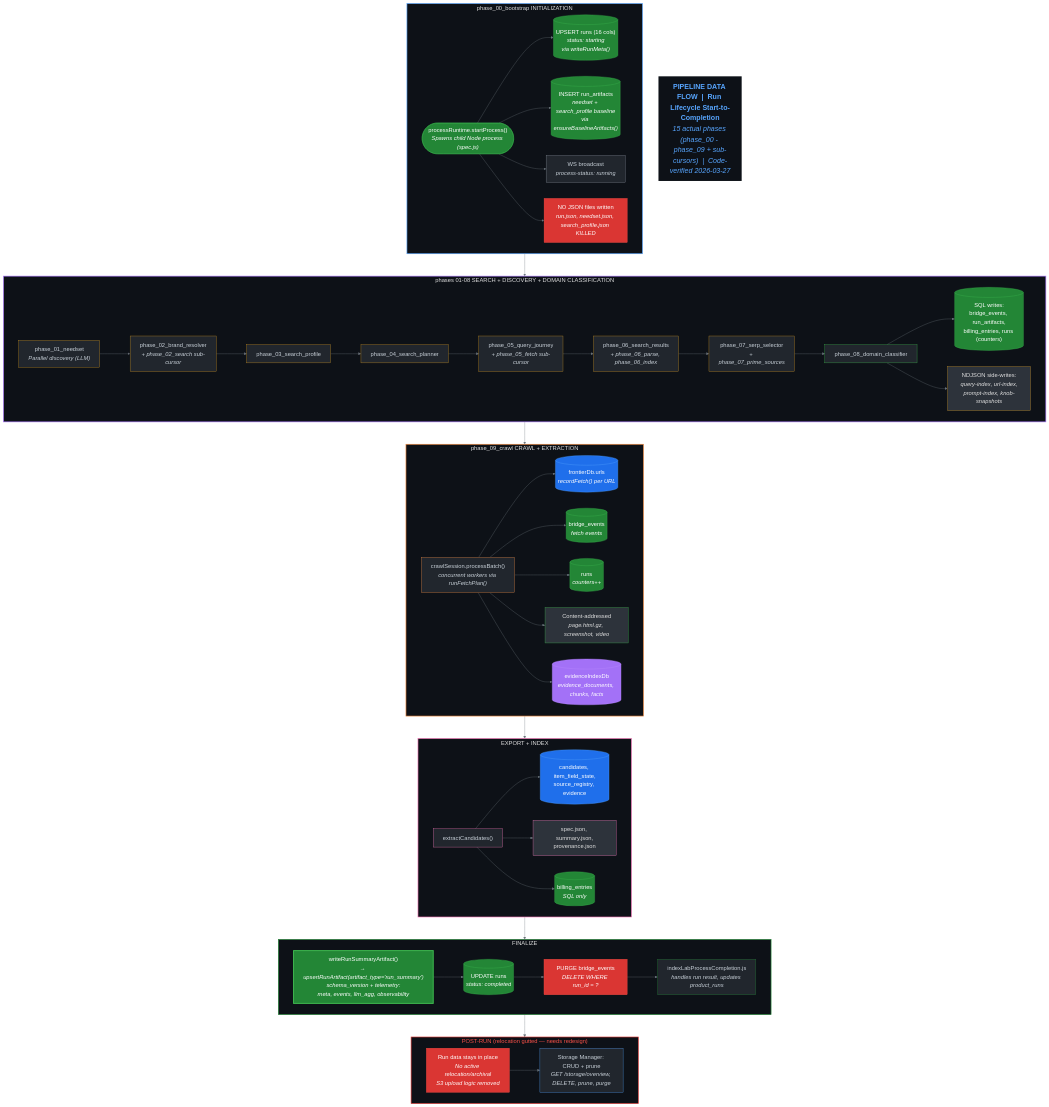
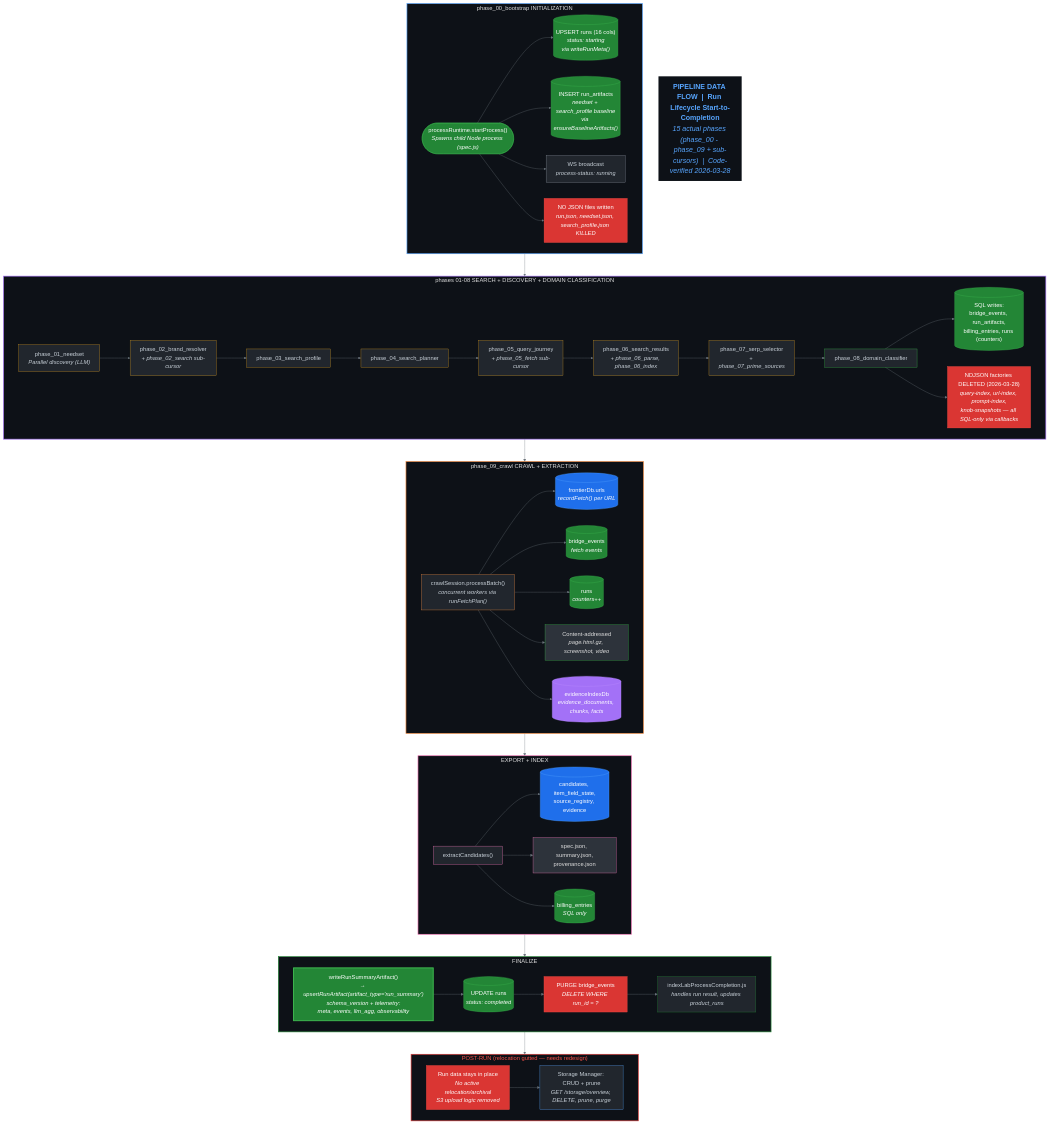
The diagram in docs/implementation/sql-full-migration/PIPELINE-DATA-FLOW.mmd (CdubVentures/Spec-Factory), drawn with Mermaid before and after one commit. The commit also changed 164 other files, not shown here.

```diff
--- a/docs/implementation/sql-full-migration/PIPELINE-DATA-FLOW.mmd
+++ b/docs/implementation/sql-full-migration/PIPELINE-DATA-FLOW.mmd
@@ -1,161 +1,161 @@
 %%{init: {
   "theme": "base",
   "themeVariables": {
     "fontSize": "18px",
     "primaryColor": "#1a1a2e",
     "primaryTextColor": "#e0e0e0",
     "primaryBorderColor": "#4a90d9",
     "lineColor": "#6c757d",
     "secondaryColor": "#16213e",
     "tertiaryColor": "#0f3460",
     "background": "#0d1117",
     "mainBkg": "#161b22",
     "nodeBorder": "#4a90d9",
     "clusterBkg": "#161b22",
     "clusterBorder": "#30363d",
     "titleColor": "#e0e0e0",
     "edgeLabelBackground": "#0d1117",
     "nodeTextColor": "#e0e0e0"
   },
   "flowchart": {
     "nodeSpacing": 50,
     "rankSpacing": 70,
     "curve": "basis",
     "padding": 15
   }
 }}%%
 
 flowchart TB
 
-  title["<b>PIPELINE DATA FLOW  |  Run Lifecycle Start-to-Completion</b><br/><i>15 actual phases (phase_00 - phase_09 + sub-cursors)  |  Code-verified 2026-03-27</i>"]
+  title["<b>PIPELINE DATA FLOW  |  Run Lifecycle Start-to-Completion</b><br/><i>15 actual phases (phase_00 - phase_09 + sub-cursors)  |  Code-verified 2026-03-28</i>"]
   style title fill:#0d1117,stroke:none,color:#58a6ff,font-size:22px
 
   %% ===== PHASE 00: BOOTSTRAP =====
   subgraph P00["phase_00_bootstrap  INITIALIZATION"]
     direction LR
     p0_start(["processRuntime.startProcess()<br/><i>Spawns child Node process (spec.js)</i>"])
     p0_runsql[("UPSERT runs (16 cols)<br/><i>status: starting<br/>via writeRunMeta()</i>")]
     p0_artifacts[("INSERT run_artifacts<br/><i>needset + search_profile baseline<br/>via ensureBaselineArtifacts()</i>")]
     p0_ws["WS broadcast<br/><i>process-status: running</i>"]
     p0_nofiles["NO JSON files written<br/><i>run.json, needset.json, search_profile.json KILLED</i>"]
 
     p0_start --> p0_runsql
     p0_start --> p0_artifacts
     p0_start --> p0_ws
     p0_start --> p0_nofiles
   end
   style P00 fill:#0d1117,stroke:#58a6ff,color:#e0e0e0,stroke-width:2px
   style p0_start fill:#238636,stroke:#3fb950,color:#fff
   style p0_runsql fill:#238636,stroke:#3fb950,color:#fff
   style p0_artifacts fill:#238636,stroke:#3fb950,color:#fff
   style p0_ws fill:#21262d,stroke:#8b949e,color:#c9d1d9
   style p0_nofiles fill:#da3633,stroke:#f85149,color:#fff
 
   %% ===== PHASES 01-08: SEARCH + DISCOVERY =====
   subgraph P18["phases 01-08  SEARCH + DISCOVERY + DOMAIN CLASSIFICATION"]
     direction LR
     p1_needset["phase_01_needset<br/><i>Parallel discovery (LLM)</i>"]
     p2_brand["phase_02_brand_resolver<br/><i>+ phase_02_search sub-cursor</i>"]
     p3_profile["phase_03_search_profile"]
     p4_planner["phase_04_search_planner"]
     p5_query["phase_05_query_journey<br/><i>+ phase_05_fetch sub-cursor</i>"]
     p6_results["phase_06_search_results<br/><i>+ phase_06_parse, phase_06_index</i>"]
     p7_serp["phase_07_serp_selector<br/><i>+ phase_07_prime_sources</i>"]
     p8_domain["phase_08_domain_classifier"]
 
     p18_sql[("SQL writes:<br/>bridge_events, run_artifacts,<br/>billing_entries, runs (counters)")]
-    p18_ndjson["NDJSON side-writes:<br/><i>query-index, url-index,<br/>prompt-index, knob-snapshots</i>"]
+    p18_ndjson["NDJSON factories DELETED (2026-03-28)<br/><i>query-index, url-index, prompt-index,<br/>knob-snapshots — all SQL-only via callbacks</i>"]
 
     p1_needset --> p2_brand --> p3_profile --> p4_planner
     p4_planner --> p5_query --> p6_results --> p7_serp --> p8_domain
     p8_domain --> p18_sql
     p8_domain --> p18_ndjson
   end
   style P18 fill:#0d1117,stroke:#a371f7,color:#e0e0e0,stroke-width:2px
   style p1_needset fill:#21262d,stroke:#d29922,color:#c9d1d9
   style p2_brand fill:#21262d,stroke:#d29922,color:#c9d1d9
   style p3_profile fill:#21262d,stroke:#d29922,color:#c9d1d9
   style p4_planner fill:#21262d,stroke:#d29922,color:#c9d1d9
   style p5_query fill:#21262d,stroke:#d29922,color:#c9d1d9
   style p6_results fill:#21262d,stroke:#d29922,color:#c9d1d9
   style p7_serp fill:#21262d,stroke:#d29922,color:#c9d1d9
   style p8_domain fill:#21262d,stroke:#3fb950,color:#c9d1d9
   style p18_sql fill:#238636,stroke:#3fb950,color:#fff
-  style p18_ndjson fill:#2d333b,stroke:#d29922,color:#e0e0e0
+  style p18_ndjson fill:#da3633,stroke:#f85149,color:#fff
 
   %% ===== PHASE 09: CRAWL =====
   subgraph P09["phase_09_crawl  CRAWL + EXTRACTION"]
     direction LR
     p9_batch["crawlSession.processBatch()<br/><i>concurrent workers via runFetchPlan()</i>"]
     p9_frontier[("frontierDb.urls<br/><i>recordFetch() per URL</i>")]
     p9_events[("bridge_events<br/><i>fetch events</i>")]
     p9_runs[("runs<br/><i>counters++</i>")]
     p9_binaries["Content-addressed<br/><i>page.html.gz, screenshot, video</i>"]
     p9_evidence[("evidenceIndexDb<br/><i>evidence_documents, chunks, facts</i>")]
 
     p9_batch --> p9_frontier
     p9_batch --> p9_events
     p9_batch --> p9_runs
     p9_batch --> p9_binaries
     p9_batch --> p9_evidence
   end
   style P09 fill:#0d1117,stroke:#f0883e,color:#e0e0e0,stroke-width:2px
   style p9_batch fill:#21262d,stroke:#f0883e,color:#c9d1d9
   style p9_frontier fill:#1f6feb,stroke:#58a6ff,color:#fff
   style p9_events fill:#238636,stroke:#3fb950,color:#fff
   style p9_runs fill:#238636,stroke:#3fb950,color:#fff
   style p9_binaries fill:#2d333b,stroke:#3fb950,color:#e0e0e0
   style p9_evidence fill:#a371f7,stroke:#bc8cff,color:#fff
 
   %% ===== EXPORT =====
   subgraph EXPORT["EXPORT + INDEX"]
     direction LR
     exp_parse["extractCandidates()"]
     exp_specdb[("candidates, item_field_state,<br/>source_registry, evidence")]
     exp_output["spec.json, summary.json,<br/>provenance.json"]
     exp_billing[("billing_entries<br/><i>SQL only</i>")]
 
     exp_parse --> exp_specdb
     exp_parse --> exp_output
     exp_parse --> exp_billing
   end
   style EXPORT fill:#0d1117,stroke:#f778ba,color:#e0e0e0,stroke-width:2px
   style exp_parse fill:#21262d,stroke:#f778ba,color:#c9d1d9
   style exp_specdb fill:#1f6feb,stroke:#58a6ff,color:#fff
   style exp_output fill:#2d333b,stroke:#f778ba,color:#e0e0e0
   style exp_billing fill:#238636,stroke:#3fb950,color:#fff
 
   %% ===== FINALIZE =====
   subgraph FINALIZE["FINALIZE"]
     direction LR
     fin_summary["writeRunSummaryArtifact()<br/><i>→ upsertRunArtifact(artifact_type='run_summary')<br/>schema_version + telemetry:<br/>meta, events, llm_agg, observability</i>"]
     fin_runsql[("UPDATE runs<br/><i>status: completed</i>")]
     fin_purge["PURGE bridge_events<br/><i>DELETE WHERE run_id = ?</i>"]
     fin_complete["indexLabProcessCompletion.js<br/><i>handles run result, updates product_runs</i>"]
 
     fin_summary --> fin_runsql --> fin_purge --> fin_complete
   end
   style FINALIZE fill:#0d1117,stroke:#238636,color:#e0e0e0,stroke-width:2px
   style fin_summary fill:#238636,stroke:#3fb950,color:#fff,stroke-width:3px
   style fin_runsql fill:#238636,stroke:#3fb950,color:#fff
   style fin_purge fill:#da3633,stroke:#f85149,color:#fff
   style fin_complete fill:#21262d,stroke:#238636,color:#c9d1d9
 
   %% ===== POST-RUN =====
   subgraph POSTRUN["POST-RUN  (relocation gutted — needs redesign)"]
     direction LR
     post_note["Run data stays in place<br/><i>No active relocation/archival<br/>S3 upload logic removed</i>"]
     post_storage["Storage Manager: CRUD + prune<br/><i>GET /storage/overview, DELETE, prune, purge</i>"]
 
     post_note --> post_storage
   end
   style POSTRUN fill:#0d1117,stroke:#da3633,color:#f85149,stroke-width:2px
   style post_note fill:#da3633,stroke:#f85149,color:#fff
   style post_storage fill:#21262d,stroke:#58a6ff,color:#c9d1d9
 
   %% ===== FLOW =====
   P00 --> P18
   P18 --> P09
   P09 --> EXPORT
   EXPORT --> FINALIZE
   FINALIZE --> POSTRUN
```
